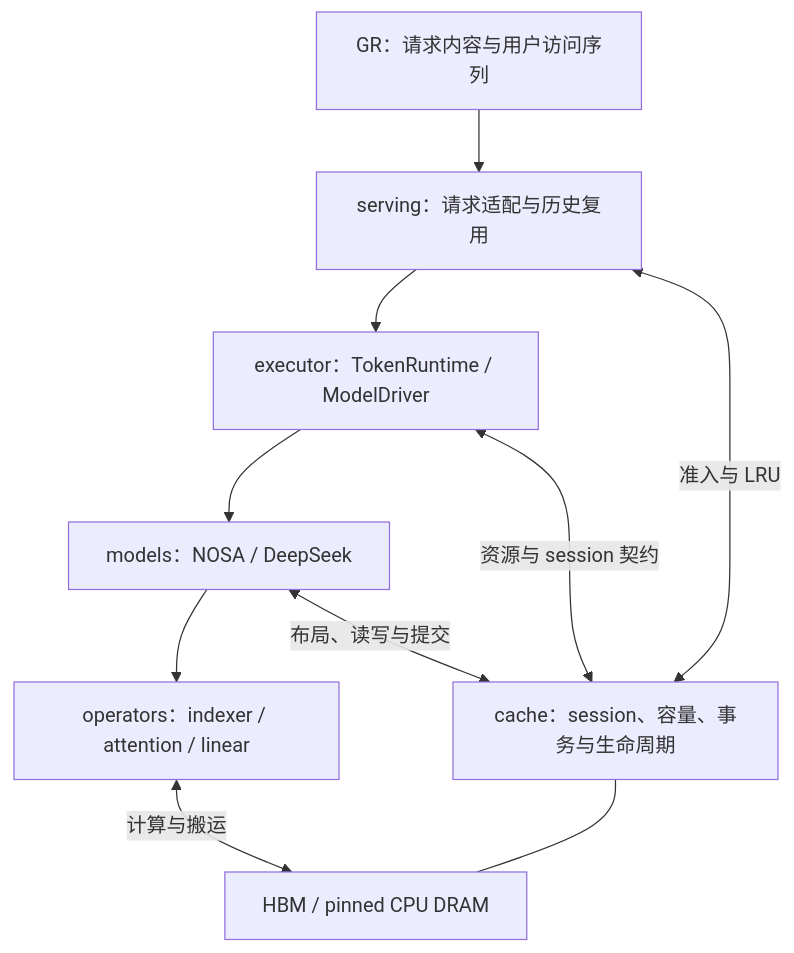
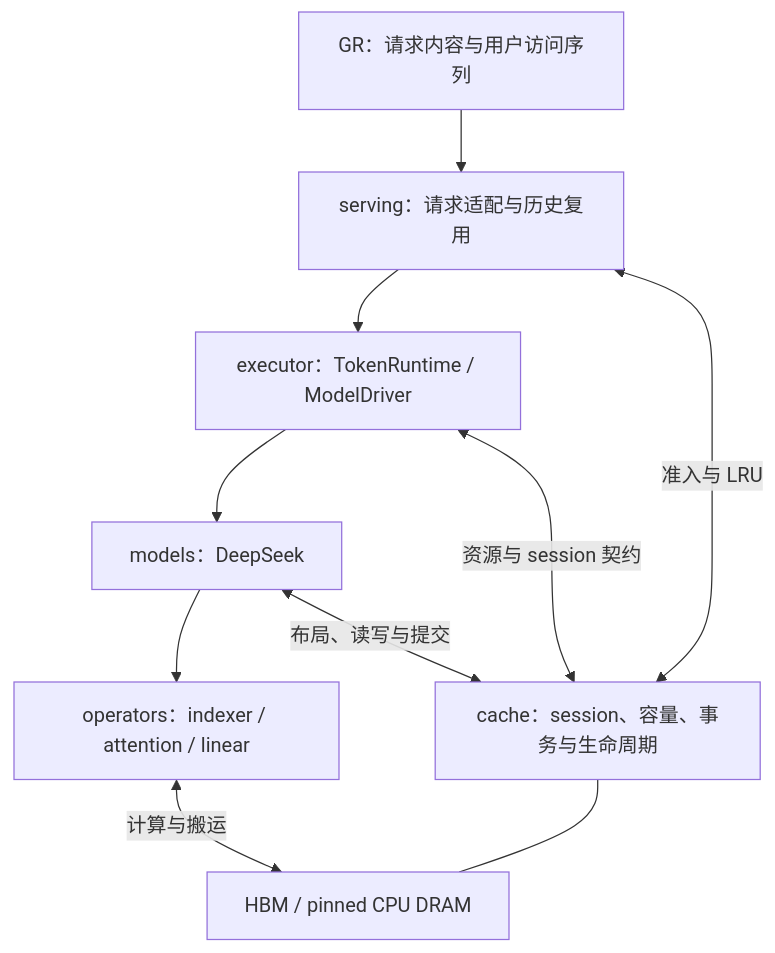
The first of 2 diagrams in docs/architecture.md (chiakicage/cxldsagr), drawn with Mermaid before and after one commit. The commit also changed other lines of this file and 588 other files, not shown here.

````diff
--- a/docs/architecture.md
+++ b/docs/architecture.md
@@ -16,12 +16,12 @@
 ```mermaid
 flowchart TD
     G["GR：请求内容与用户访问序列"] --> S["serving：请求适配与历史复用"]
     S --> E["executor：TokenRuntime / ModelDriver"]
-    E --> M["models：NOSA / DeepSeek"]
+    E --> M["models：DeepSeek"]
     M --> O["operators：indexer / attention / linear"]
     S <-->|准入与 LRU| C["cache：session、容量、事务与生命周期"]
     E <-->|资源与 session 契约| C
     M <-->|布局、读写与提交| C
     O <-->|计算与搬运| D["HBM / pinned CPU DRAM"]
     C --- D
 ```
````
